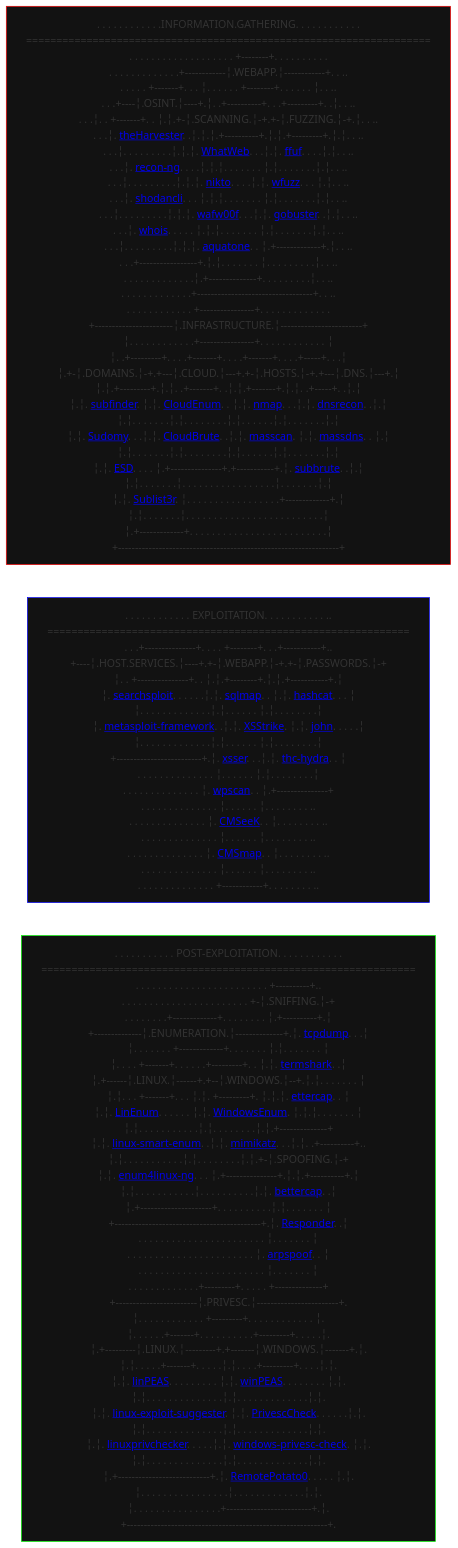
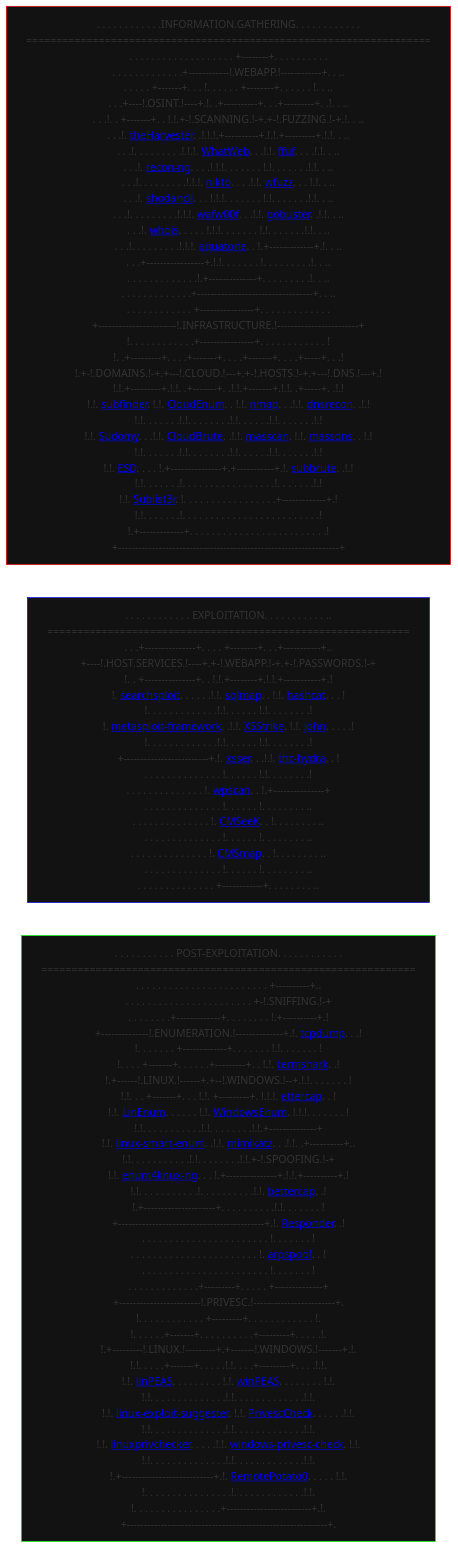
Before and after one commit to Skalyaeve/a-process: the diagram in README.md, drawn with Mermaid. The commit also changed 1 other file, not shown here.

```diff
--- a/README.md
+++ b/README.md
@@ -4,95 +4,95 @@
 . . . . . . . . . . . .INFORMATION.GATHERING. . . . . . . . . . . .
 ===================================================================
 . . . . . . . . . . . . . . . . . . . +--------+. . . . . . . . . .
-. . . . . . . . . . . . .+------------╎.WEBAPP.╎------------+. . ..
-. . . . . +-------+. . . ╎. . . . . . +--------+. . . . . . ╎. . ..
-. . .+----╎.OSINT.╎----+.╎. .+----------+. . .+---------+. .╎. . ..
-. . .╎. . +-------+. . ╎.╎.+-╎.SCANNING.╎-+.+-╎.FUZZING.╎-+.╎. . ..
-. . .╎. <a href='https://github.com/laramies/theHarvester'>theHarvester</a>. .╎.╎.╎.+----------+.╎.╎.+---------+.╎.╎. . ..
-. . .╎. . . . . . . . .╎.╎.╎. <a href='https://github.com/urbanadventurer/WhatWeb'>WhatWeb</a>. . .╎.╎. <a href='https://github.com/ffuf/ffuf'>ffuf</a>. . . .╎.╎. . ..
-. . .╎. <a href='https://github.com/lanmaster53/recon-ng'>recon-ng</a>. . . .╎.╎.╎. . . . . . . ╎.╎. . . . . . .╎.╎. . ..
-. . .╎. . . . . . . . .╎.╎.╎. <a href='https://github.com/sullo/nikto'>nikto</a>. . . .╎.╎. <a href='https://github.com/xmendez/wfuzz'>wfuzz</a>. . . ╎.╎. . ..
-. . .╎. <a href='https://github.com/malinkinsa/shodancli'>shodancli</a>. . . ╎.╎.╎. . . . . . . ╎.╎. . . . . . .╎.╎. . ..
-. . .╎. . . . . . . . .╎.╎.╎. <a href='https://github.com/EnableSecurity/wafw00f'>wafw00f</a>. . .╎.╎. <a href='https://github.com/OJ/gobuster'>gobuster</a>. .╎.╎. . ..
-. . .╎. <a href='https://github.com/weppos/whois'>whois</a>. . . . . ╎.╎.╎. . . . . . . ╎.╎. . . . . . .╎.╎. . ..
-. . .╎. . . . . . . . .╎.╎.╎. <a href='https://github.com/michenriksen/aquatone'>aquatone</a>. . ╎.+-------------+.╎. . ..
-. . .+-----------------+.╎.╎. . . . . . . ╎. . . . . . . . .╎. . ..
-. . . . . . . . . . . . .╎.+--------------+. . . . . . . . .╎. . ..
+. . . . . . . . . . . . .+------------!.WEBAPP.!------------+. . ..
+. . . . . +-------+. . . !. . . . . . +--------+. . . . . . !. . ..
+. . .+----!.OSINT.!----+.!. .+----------+. . .+---------+. .!. . ..
+. . .!. . +-------+. . !.!.+-!.SCANNING.!-+.+-!.FUZZING.!-+.!. . ..
+. . .!. <a href='https://github.com/laramies/theHarvester'>theHarvester</a>. .!.!.!.+----------+.!.!.+---------+.!.!. . ..
+. . .!. . . . . . . . .!.!.!. <a href='https://github.com/urbanadventurer/WhatWeb'>WhatWeb</a>. . .!.!. <a href='https://github.com/ffuf/ffuf'>ffuf</a>. . . .!.!. . ..
+. . .!. <a href='https://github.com/lanmaster53/recon-ng'>recon-ng</a>. . . .!.!.!. . . . . . . !.!. . . . . . .!.!. . ..
+. . .!. . . . . . . . .!.!.!. <a href='https://github.com/sullo/nikto'>nikto</a>. . . .!.!. <a href='https://github.com/xmendez/wfuzz'>wfuzz</a>. . . !.!. . ..
+. . .!. <a href='https://github.com/malinkinsa/shodancli'>shodancli</a>. . . !.!.!. . . . . . . !.!. . . . . . .!.!. . ..
+. . .!. . . . . . . . .!.!.!. <a href='https://github.com/EnableSecurity/wafw00f'>wafw00f</a>. . .!.!. <a href='https://github.com/OJ/gobuster'>gobuster</a>. .!.!. . ..
+. . .!. <a href='https://github.com/weppos/whois'>whois</a>. . . . . !.!.!. . . . . . . !.!. . . . . . .!.!. . ..
+. . .!. . . . . . . . .!.!.!. <a href='https://github.com/michenriksen/aquatone'>aquatone</a>. . !.+-------------+.!. . ..
+. . .+-----------------+.!.!. . . . . . . !. . . . . . . . .!. . ..
+. . . . . . . . . . . . .!.+--------------+. . . . . . . . .!. . ..
 . . . . . . . . . . . . .+----------------------------------+. . ..
 . . . . . . . . . . . . +----------------+. . . . . . . . . . . . .
-+-----------------------╎.INFRASTRUCTURE.╎------------------------+
-╎. . . . . . . . . . . .+----------------+. . . . . . . . . . . . ╎
-╎. .+---------+. . . .+-------+. . . .+-------+. . . .+-----+. . .╎
-╎.+-╎.DOMAINS.╎-+.+---╎.CLOUD.╎---+.+-╎.HOSTS.╎-+.+---╎.DNS.╎---+.╎
-╎.╎.+---------+.╎.╎. .+-------+. .╎.╎.+-------+.╎.╎. .+-----+. .╎.╎
-╎.╎. <a href='https://github.com/projectdiscovery/subfinder'>subfinder</a>. ╎.╎. <a href='https://github.com/initstring/cloud_enum'>CloudEnum</a>. . ╎.╎. <a href='https://github.com/nmap/nmap'>nmap</a>. . .╎.╎. <a href='https://github.com/darkoperator/dnsrecon'>dnsrecon</a>. .╎.╎
-╎.╎. . . . . . .╎.╎. . . . . . . .╎.╎. . . . . .╎.╎. . . . . . .╎.╎
-╎.╎. <a href='https://github.com/screetsec/Sudomy'>Sudomy</a>. . .╎.╎. <a href='https://github.com/0xsha/CloudBrute'>CloudBrute</a>. .╎.╎. <a href='https://github.com/robertdavidgraham/masscan'>masscan</a>. ╎.╎. <a href='https://github.com/blechschmidt/massdns'>massdns</a>. . ╎.╎
-╎.╎. . . . . . .╎.╎. . . . . . . .╎.╎. . . . . .╎.╎. . . . . . .╎.╎
-╎.╎. <a href='https://github.com/FeeiCN/ESD?tab=readme-ov-file'>ESD</a>. . . . ╎.+---------------+.+-----------+.╎. <a href='https://github.com/TheRook/subbrute'>subbrute</a>. .╎.╎
-╎.╎. . . . . . .╎. . . . . . . . . . . . . . . . .╎. . . . . . .╎.╎
-╎.╎. <a href='https://github.com/aboul3la/Sublist3r'>Sublist3r</a>. ╎. . . . . . . . . . . . . . . . .+-------------+.╎
-╎.╎. . . . . . .╎. . . . . . . . . . . . . . . . . . . . . . . . .╎
-╎.+-------------+. . . . . . . . . . . . . . . . . . . . . . . . .╎
++-----------------------!.INFRASTRUCTURE.!------------------------+
+!. . . . . . . . . . . .+----------------+. . . . . . . . . . . . !
+!. .+---------+. . . .+-------+. . . .+-------+. . . .+-----+. . .!
+!.+-!.DOMAINS.!-+.+---!.CLOUD.!---+.+-!.HOSTS.!-+.+---!.DNS.!---+.!
+!.!.+---------+.!.!. .+-------+. .!.!.+-------+.!.!. .+-----+. .!.!
+!.!. <a href='https://github.com/projectdiscovery/subfinder'>subfinder</a>. !.!. <a href='https://github.com/initstring/cloud_enum'>CloudEnum</a>. . !.!. <a href='https://github.com/nmap/nmap'>nmap</a>. . .!.!. <a href='https://github.com/darkoperator/dnsrecon'>dnsrecon</a>. .!.!
+!.!. . . . . . .!.!. . . . . . . .!.!. . . . . .!.!. . . . . . .!.!
+!.!. <a href='https://github.com/screetsec/Sudomy'>Sudomy</a>. . .!.!. <a href='https://github.com/0xsha/CloudBrute'>CloudBrute</a>. .!.!. <a href='https://github.com/robertdavidgraham/masscan'>masscan</a>. !.!. <a href='https://github.com/blechschmidt/massdns'>massdns</a>. . !.!
+!.!. . . . . . .!.!. . . . . . . .!.!. . . . . .!.!. . . . . . .!.!
+!.!. <a href='https://github.com/FeeiCN/ESD?tab=readme-ov-file'>ESD</a>. . . . !.+---------------+.+-----------+.!. <a href='https://github.com/TheRook/subbrute'>subbrute</a>. .!.!
+!.!. . . . . . .!. . . . . . . . . . . . . . . . .!. . . . . . .!.!
+!.!. <a href='https://github.com/aboul3la/Sublist3r'>Sublist3r</a>. !. . . . . . . . . . . . . . . . .+-------------+.!
+!.!. . . . . . .!. . . . . . . . . . . . . . . . . . . . . . . . .!
+!.+-------------+. . . . . . . . . . . . . . . . . . . . . . . . .!
 +-----------------------------------------------------------------+
 ]
 exploitation[
 . . . . . . . . . . . . EXPLOITATION. . . . . . . . . . . ..
 ============================================================
 . . .+---------------+. . . . +--------+. . .+-----------+..
-+----╎.HOST.SERVICES.╎----+.+-╎.WEBAPP.╎-+.+-╎.PASSWORDS.╎-+
-╎. . +---------------+. . ╎.╎.+--------+.╎.╎.+-----------+.╎
-╎. <a href='https://gitlab.com/exploit-database/exploitdb'>searchsploit</a>. . . . . .╎.╎. <a href='https://github.com/sqlmapproject/sqlmap'>sqlmap</a>. . ╎.╎. <a href='https://github.com/hashcat/hashcat'>hashcat</a>. . . ╎
-╎. . . . . . . . . . . . .╎.╎. . . . . . ╎.╎. . . . . . . .╎
-╎. <a href='https://github.com/rapid7/metasploit-framework'>metasploit-framework</a>. .╎.╎. <a href='https://github.com/s0md3v/XSStrike'>XSStrike</a>. ╎.╎. <a href='https://github.com/openwall/john'>john</a>. . . . .╎
-╎. . . . . . . . . . . . .╎.╎. . . . . . ╎.╎. . . . . . . .╎
-+-------------------------+.╎. <a href='https://github.com/epsylon/xsser'>xsser</a>. . .╎.╎. <a href='https://github.com/vanhauser-thc/thc-hydra'>thc-hydra</a>. . ╎
-. . . . . . . . . . . . . . ╎. . . . . . ╎.╎. . . . . . . .╎
-. . . . . . . . . . . . . . ╎. <a href='https://github.com/wpscanteam/wpscan'>wpscan</a>. . ╎.+---------------+
-. . . . . . . . . . . . . . ╎. . . . . . ╎. . . . . . . . ..
-. . . . . . . . . . . . . . ╎. <a href='https://github.com/Tuhinshubhra/CMSeeK'>CMSeeK</a>. . ╎. . . . . . . . ..
-. . . . . . . . . . . . . . ╎. . . . . . ╎. . . . . . . . ..
-. . . . . . . . . . . . . . ╎. <a href='https://github.com/dionach/CMSmap'>CMSmap</a>. . ╎. . . . . . . . ..
-. . . . . . . . . . . . . . ╎. . . . . . ╎. . . . . . . . ..
++----!.HOST.SERVICES.!----+.+-!.WEBAPP.!-+.+-!.PASSWORDS.!-+
+!. . +---------------+. . !.!.+--------+.!.!.+-----------+.!
+!. <a href='https://gitlab.com/exploit-database/exploitdb'>searchsploit</a>. . . . . .!.!. <a href='https://github.com/sqlmapproject/sqlmap'>sqlmap</a>. . !.!. <a href='https://github.com/hashcat/hashcat'>hashcat</a>. . . !
+!. . . . . . . . . . . . .!.!. . . . . . !.!. . . . . . . .!
+!. <a href='https://github.com/rapid7/metasploit-framework'>metasploit-framework</a>. .!.!. <a href='https://github.com/s0md3v/XSStrike'>XSStrike</a>. !.!. <a href='https://github.com/openwall/john'>john</a>. . . . .!
+!. . . . . . . . . . . . .!.!. . . . . . !.!. . . . . . . .!
++-------------------------+.!. <a href='https://github.com/epsylon/xsser'>xsser</a>. . .!.!. <a href='https://github.com/vanhauser-thc/thc-hydra'>thc-hydra</a>. . !
+. . . . . . . . . . . . . . !. . . . . . !.!. . . . . . . .!
+. . . . . . . . . . . . . . !. <a href='https://github.com/wpscanteam/wpscan'>wpscan</a>. . !.+---------------+
+. . . . . . . . . . . . . . !. . . . . . !. . . . . . . . ..
+. . . . . . . . . . . . . . !. <a href='https://github.com/Tuhinshubhra/CMSeeK'>CMSeeK</a>. . !. . . . . . . . ..
+. . . . . . . . . . . . . . !. . . . . . !. . . . . . . . ..
+. . . . . . . . . . . . . . !. <a href='https://github.com/dionach/CMSmap'>CMSmap</a>. . !. . . . . . . . ..
+. . . . . . . . . . . . . . !. . . . . . !. . . . . . . . ..
 . . . . . . . . . . . . . . +------------+. . . . . . . . ..
 ]
 post-exploitation[
 . . . . . . . . . . . POST-EXPLOITATION. . . . . . . . . . . .
 ==============================================================
 . . . . . . . . . . . . . . . . . . . . . . . . +----------+..
-. . . . . . . . . . . . . . . . . . . . . . . +-╎.SNIFFING.╎-+
-. . . . . . . .+-------------+. . . . . . . . ╎.+----------+.╎
-+--------------╎.ENUMERATION.╎--------------+.╎. <a href='https://github.com/the-tcpdump-group/tcpdump'>tcpdump</a>. . .╎
-╎. . . . . . . +-------------+. . . . . . . ╎.╎. . . . . . . ╎
-╎. . . . +-------+. . . . . .+---------+. . ╎.╎. <a href='https://github.com/gcla/termshark'>termshark</a>. .╎
-╎.+------╎.LINUX.╎------+.+--╎.WINDOWS.╎--+.╎.╎. . . . . . . ╎
-╎.╎. . . +-------+. . . ╎.╎. +---------+. ╎.╎.╎. <a href='https://github.com/Ettercap/ettercap'>ettercap</a>. . ╎
-╎.╎. <a href='https://github.com/rebootuser/LinEnum'>LinEnum</a>. . . . . . ╎.╎. <a href='https://github.com/absolomb/WindowsEnum'>WindowsEnum</a>. ╎.╎.╎. . . . . . . ╎
-╎.╎. . . . . . . . . . .╎.╎. . . . . . . .╎.╎.+--------------+
-╎.╎. <a href='https://github.com/diego-treitos/linux-smart-enumeration'>linux-smart-enum</a>. .╎.╎. <a href='https://github.com/gentilkiwi/mimikatz'>mimikatz</a>. . .╎.╎. .+----------+..
-╎.╎. . . . . . . . . . .╎.╎. . . . . . . .╎.╎.+-╎.SPOOFING.╎-+
-╎.╎. <a href='https://github.com/cddmp/enum4linux-ng'>enum4linux-ng</a>. . . ╎.+---------------+.╎.╎.+----------+.╎
-╎.╎. . . . . . . . . . .╎. . . . . . . . . .╎.╎. <a href='https://github.com/bettercap/bettercap'>bettercap</a>. .╎
-╎.+---------------------+. . . . . . . . . .╎.╎. . . . . . . ╎
-+-------------------------------------------+.╎. <a href='https://github.com/SpiderLabs/Responder'>Responder</a>. .╎
-. . . . . . . . . . . . . . . . . . . . . . . ╎. . . . . . . ╎
-. . . . . . . . . . . . . . . . . . . . . . . ╎. <a href='https://github.com/alandau/arpspoof'>arpspoof</a>. . ╎
-. . . . . . . . . . . . . . . . . . . . . . . ╎. . . . . . . ╎
+. . . . . . . . . . . . . . . . . . . . . . . +-!.SNIFFING.!-+
+. . . . . . . .+-------------+. . . . . . . . !.+----------+.!
++--------------!.ENUMERATION.!--------------+.!. <a href='https://github.com/the-tcpdump-group/tcpdump'>tcpdump</a>. . .!
+!. . . . . . . +-------------+. . . . . . . !.!. . . . . . . !
+!. . . . +-------+. . . . . .+---------+. . !.!. <a href='https://github.com/gcla/termshark'>termshark</a>. .!
+!.+------!.LINUX.!------+.+--!.WINDOWS.!--+.!.!. . . . . . . !
+!.!. . . +-------+. . . !.!. +---------+. !.!.!. <a href='https://github.com/Ettercap/ettercap'>ettercap</a>. . !
+!.!. <a href='https://github.com/rebootuser/LinEnum'>LinEnum</a>. . . . . . !.!. <a href='https://github.com/absolomb/WindowsEnum'>WindowsEnum</a>. !.!.!. . . . . . . !
+!.!. . . . . . . . . . .!.!. . . . . . . .!.!.+--------------+
+!.!. <a href='https://github.com/diego-treitos/linux-smart-enumeration'>linux-smart-enum</a>. .!.!. <a href='https://github.com/gentilkiwi/mimikatz'>mimikatz</a>. . .!.!. .+----------+..
+!.!. . . . . . . . . . .!.!. . . . . . . .!.!.+-!.SPOOFING.!-+
+!.!. <a href='https://github.com/cddmp/enum4linux-ng'>enum4linux-ng</a>. . . !.+---------------+.!.!.+----------+.!
+!.!. . . . . . . . . . .!. . . . . . . . . .!.!. <a href='https://github.com/bettercap/bettercap'>bettercap</a>. .!
+!.+---------------------+. . . . . . . . . .!.!. . . . . . . !
++-------------------------------------------+.!. <a href='https://github.com/SpiderLabs/Responder'>Responder</a>. .!
+. . . . . . . . . . . . . . . . . . . . . . . !. . . . . . . !
+. . . . . . . . . . . . . . . . . . . . . . . !. <a href='https://github.com/alandau/arpspoof'>arpspoof</a>. . !
+. . . . . . . . . . . . . . . . . . . . . . . !. . . . . . . !
 . . . . . . . . . . . . .+---------+. . . . . +--------------+
-+------------------------╎.PRIVESC.╎------------------------+.
-╎. . . . . . . . . . . . +---------+. . . . . . . . . . . . ╎.
-╎. . . . . .+-------+. . . . . . . . . .+---------+. . . . .╎.
-╎.+---------╎.LINUX.╎---------+.+-------╎.WINDOWS.╎-------+.╎.
-╎.╎. . . . .+-------+. . . . .╎.╎. . . .+---------+. . . .╎.╎.
-╎.╎. <a href='https://github.com/peass-ng/PEASS-ng/tree/master/linPEAS'>linPEAS</a>. . . . . . . . . ╎.╎. <a href='https://github.com/peass-ng/PEASS-ng/tree/master/winPEAS'>winPEAS</a>. . . . . . . . ╎.╎.
-╎.╎. . . . . . . . . . . . . .╎.╎. . . . . . . . . . . . .╎.╎.
-╎.╎. <a href='https://github.com/The-Z-Labs/linux-exploit-suggester'>linux-exploit-suggester</a>. ╎.╎. <a href='https://github.com/itm4n/PrivescCheck'>PrivescCheck</a>. . . . . .╎.╎.
-╎.╎. . . . . . . . . . . . . .╎.╎. . . . . . . . . . . . .╎.╎.
-╎.╎. <a href='https://github.com/sleventyeleven/linuxprivchecker'>linuxprivchecker</a>. . . . .╎.╎. <a href='https://github.com/pentestmonkey/windows-privesc-check'>windows-privesc-check</a>. ╎.╎.
-╎.╎. . . . . . . . . . . . . .╎.╎. . . . . . . . . . . . .╎.╎.
-╎.+---------------------------+.╎. <a href='https://github.com/antonioCoco/RemotePotato0'>RemotePotato0</a>. . . . . ╎.╎.
-╎. . . . . . . . . . . . . . . .╎. . . . . . . . . . . . .╎.╎.
-╎. . . . . . . . . . . . . . . .+-------------------------+.╎.
++------------------------!.PRIVESC.!------------------------+.
+!. . . . . . . . . . . . +---------+. . . . . . . . . . . . !.
+!. . . . . .+-------+. . . . . . . . . .+---------+. . . . .!.
+!.+---------!.LINUX.!---------+.+-------!.WINDOWS.!-------+.!.
+!.!. . . . .+-------+. . . . .!.!. . . .+---------+. . . .!.!.
+!.!. <a href='https://github.com/peass-ng/PEASS-ng/tree/master/linPEAS'>linPEAS</a>. . . . . . . . . !.!. <a href='https://github.com/peass-ng/PEASS-ng/tree/master/winPEAS'>winPEAS</a>. . . . . . . . !.!.
+!.!. . . . . . . . . . . . . .!.!. . . . . . . . . . . . .!.!.
+!.!. <a href='https://github.com/The-Z-Labs/linux-exploit-suggester'>linux-exploit-suggester</a>. !.!. <a href='https://github.com/itm4n/PrivescCheck'>PrivescCheck</a>. . . . . .!.!.
+!.!. . . . . . . . . . . . . .!.!. . . . . . . . . . . . .!.!.
+!.!. <a href='https://github.com/sleventyeleven/linuxprivchecker'>linuxprivchecker</a>. . . . .!.!. <a href='https://github.com/pentestmonkey/windows-privesc-check'>windows-privesc-check</a>. !.!.
+!.!. . . . . . . . . . . . . .!.!. . . . . . . . . . . . .!.!.
+!.+---------------------------+.!. <a href='https://github.com/antonioCoco/RemotePotato0'>RemotePotato0</a>. . . . . !.!.
+!. . . . . . . . . . . . . . . .!. . . . . . . . . . . . .!.!.
+!. . . . . . . . . . . . . . . .+-------------------------+.!.
 +-----------------------------------------------------------+.
 ]
 style information-gathering fill:#121212,stroke:#ff0000
```
